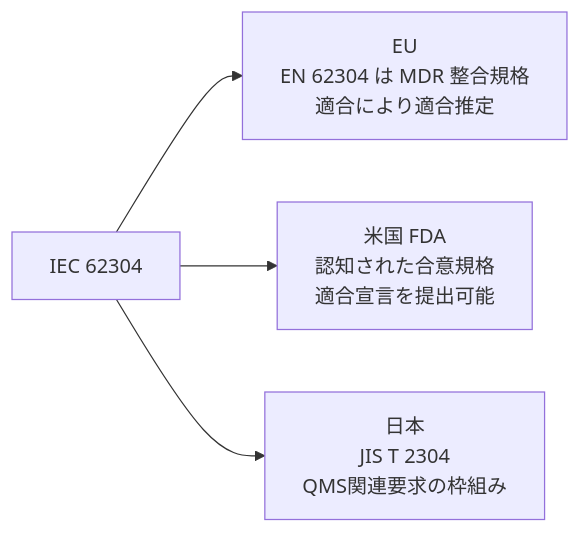
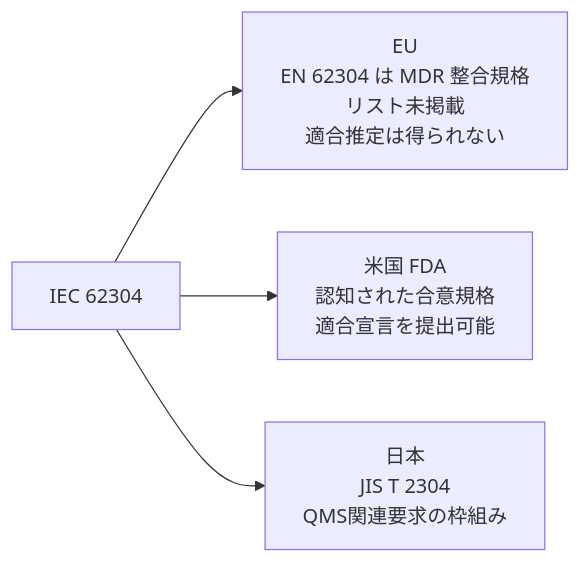
One commit to myoshi2891/Quality-Assurance-Studies changed diagram 14 of 18 in Iec62304-beginner-guide.md. Above: the diagram before and after it, drawn with Mermaid. The commit also changed other lines of this file and 14 other files, not shown here.

````diff
--- a/Iec62304-beginner-guide.md
+++ b/Iec62304-beginner-guide.md
@@ -562,6 +562,6 @@
 ```mermaid
 flowchart LR
-    S["IEC 62304"] --> EU["EU<br>EN 62304 は MDR 整合規格<br>適合により適合推定"]
+    S["IEC 62304"] --> EU["EU<br>EN 62304 は MDR 整合規格リスト未掲載<br>適合推定は得られない"]
     S --> US["米国 FDA<br>認知された合意規格<br>適合宣言を提出可能"]
     S --> JP["日本<br>JIS T 2304<br>QMS関連要求の枠組み"]
 ```
````
